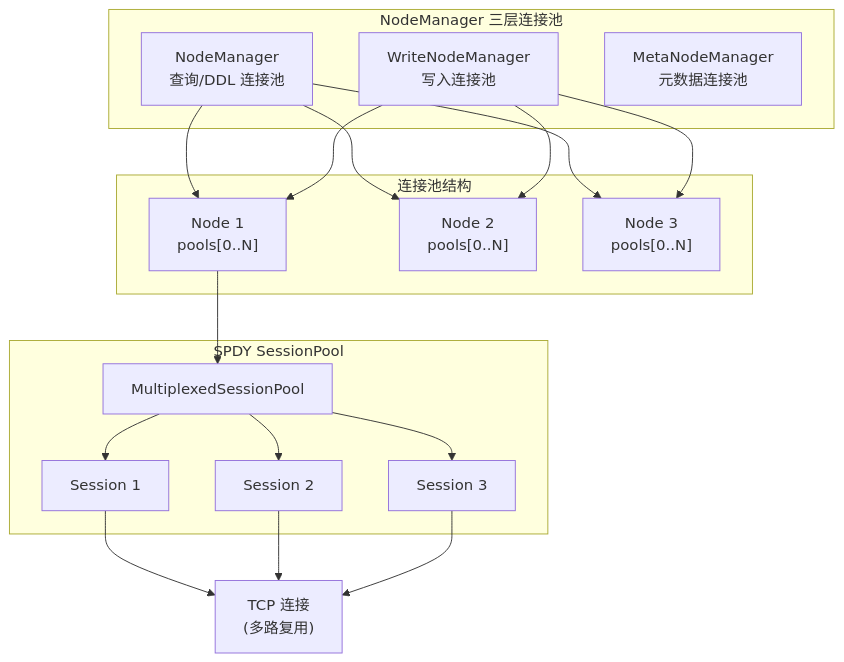
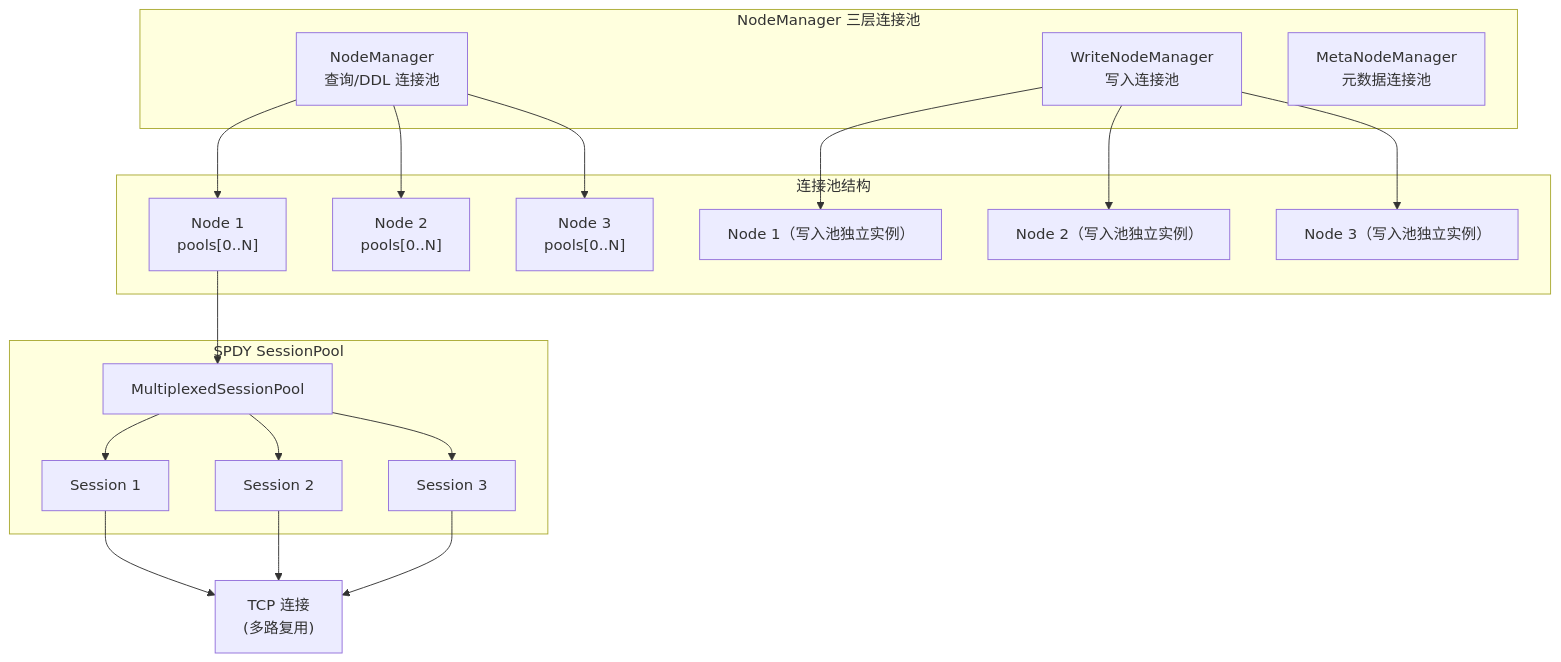
Before and after one commit to stefanv5/openGemini: the tenth of 17 diagrams in docs/specs/31_netstorage_spec.md, drawn with Mermaid. The commit also changed other lines of this file and 37 other files, not shown here.

````diff
--- a/docs/specs/31_netstorage_spec.md
+++ b/docs/specs/31_netstorage_spec.md
@@ -1096,37 +1122,40 @@
 ```mermaid
 graph TD
     subgraph "NodeManager 三层连接池"
         NM["NodeManager<br/>查询/DDL 连接池"]
         WNM["WriteNodeManager<br/>写入连接池"]
         MNM["MetaNodeManager<br/>元数据连接池"]
     end
 
     subgraph "连接池结构"
         Node1["Node 1<br/>pools[0..N]"]
         Node2["Node 2<br/>pools[0..N]"]
         Node3["Node 3<br/>pools[0..N]"]
+        WNode1["Node 1（写入池独立实例）"]
+        WNode2["Node 2（写入池独立实例）"]
+        WNode3["Node 3（写入池独立实例）"]
     end
 
     subgraph "SPDY SessionPool"
         Pool1["MultiplexedSessionPool"]
         Session1["Session 1"]
         Session2["Session 2"]
         Session3["Session 3"]
     end
 
     NM --> Node1
     NM --> Node2
     NM --> Node3
-    WNM --> Node1
-    WNM --> Node2
-    WNM --> Node3
+    WNM --> WNode1
+    WNM --> WNode2
+    WNM --> WNode3
 
     Node1 --> Pool1
     Pool1 --> Session1
     Pool1 --> Session2
     Pool1 --> Session3
 
     Session1 --> TCP["TCP 连接<br/>(多路复用)"]
     Session2 --> TCP
     Session3 --> TCP
 ```
````
